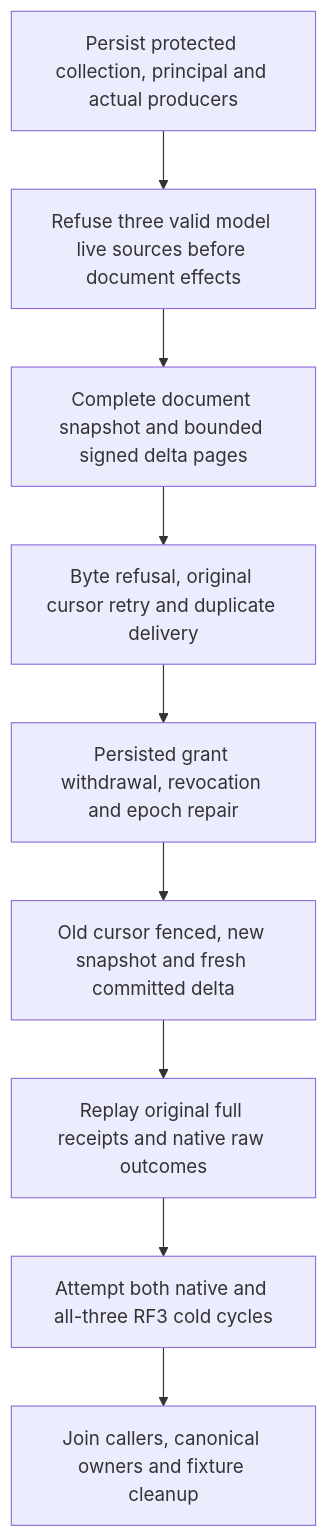
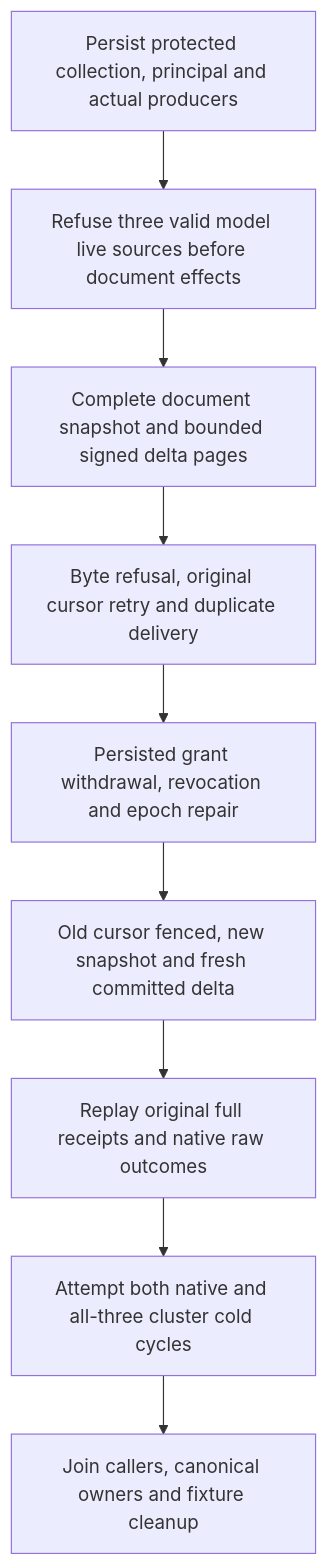
The diagram in docs/Features/ChangeFeeds/DocumentModelProfile.md (managedcode/KeyLoad), drawn with Mermaid before and after one commit. The commit also changed other lines of this file and 7356 other files, not shown here.

````diff
--- a/docs/Features/ChangeFeeds/DocumentModelProfile.md
+++ b/docs/Features/ChangeFeeds/DocumentModelProfile.md
@@ -23,11 +23,11 @@
 ```mermaid
 flowchart TD
     Seed[Persist protected collection, principal and actual producers] --> Refuse[Refuse three valid model live sources before document effects]
     Refuse --> Ordinary[Complete document snapshot and bounded signed delta pages]
     Ordinary --> Retry[Byte refusal, original cursor retry and duplicate delivery]
     Retry --> Policy[Persisted grant withdrawal, revocation and epoch repair]
     Policy --> Fresh[Old cursor fenced, new snapshot and fresh committed delta]
     Fresh --> Replay[Replay original full receipts and native raw outcomes]
-    Replay --> Cold[Attempt both native and all-three RF3 cold cycles]
+    Replay --> Cold[Attempt both native and all-three cluster cold cycles]
     Cold --> Cleanup[Join callers, canonical owners and fixture cleanup]
 ```
````
